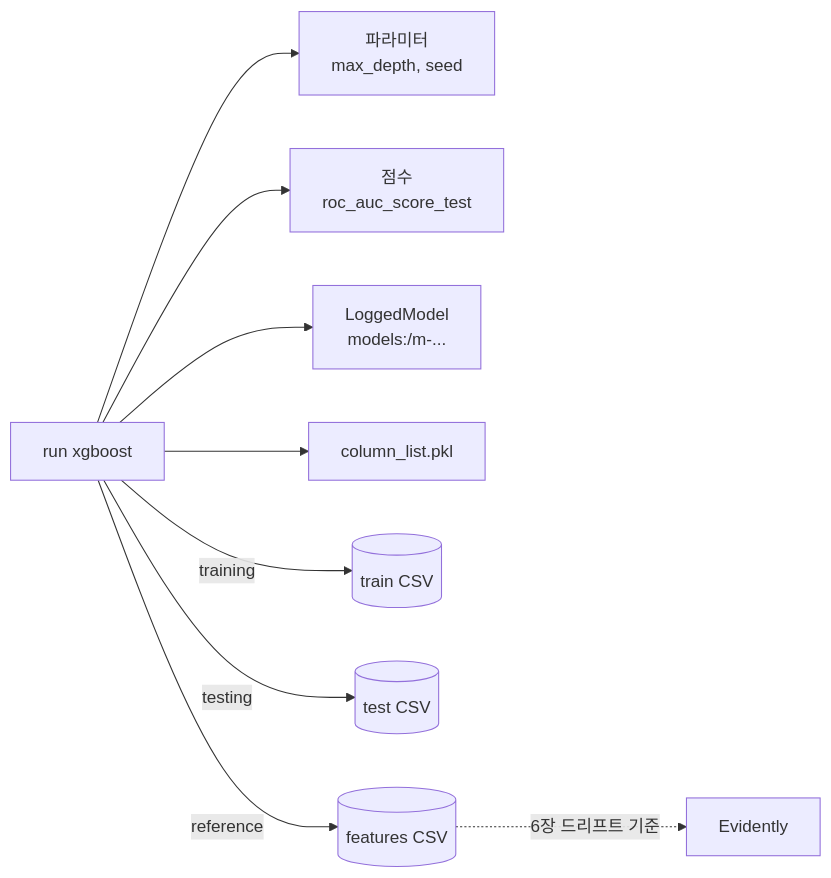
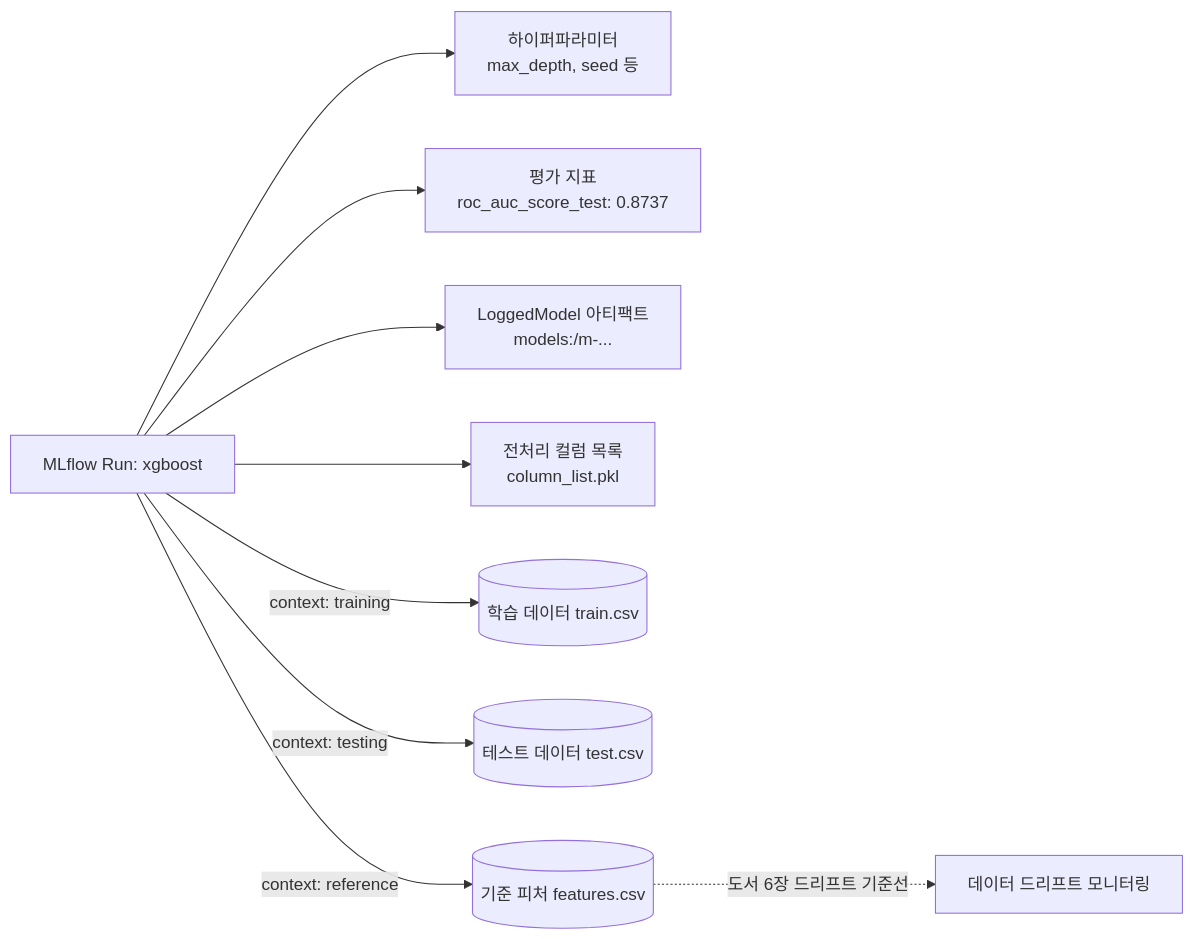
Before and after one commit to choisungwook/portfolio: the first of 2 diagrams in mlops/ml-platform-engineering-part2/docs/10-lab1-experiment-lineage.md, drawn with Mermaid. The commit also changed other lines of this file and 16 other files, not shown here.

````diff
--- a/mlops/ml-platform-engineering-part2/docs/10-lab1-experiment-lineage.md
+++ b/mlops/ml-platform-engineering-part2/docs/10-lab1-experiment-lineage.md
@@ -37,11 +45,11 @@
 ```mermaid
 flowchart LR
-  Run[run xgboost] --> P[파라미터<br/>max_depth, seed]
-  Run --> M[점수<br/>roc_auc_score_test]
-  Run --> LM[LoggedModel<br/>models:/m-...]
-  Run --> A[column_list.pkl]
-  Run -->|training| D1[(train CSV)]
-  Run -->|testing| D2[(test CSV)]
-  Run -->|reference| D3[(features CSV)]
-  D3 -.->|6장 드리프트 기준| Drift[Evidently]
+  Run[MLflow Run: xgboost] --> P[하이퍼파라미터<br/>max_depth, seed 등]
+  Run --> M[평가 지표<br/>roc_auc_score_test: 0.8737]
+  Run --> LM[LoggedModel 아티팩트<br/>models:/m-...]
+  Run --> A[전처리 컬럼 목록<br/>column_list.pkl]
+  Run -->|context: training| D1[(학습 데이터 train.csv)]
+  Run -->|context: testing| D2[(테스트 데이터 test.csv)]
+  Run -->|context: reference| D3[(기준 피처 features.csv)]
+  D3 -.->|도서 6장 드리프트 기준선| Drift[데이터 드리프트 모니터링]
 ```
````
